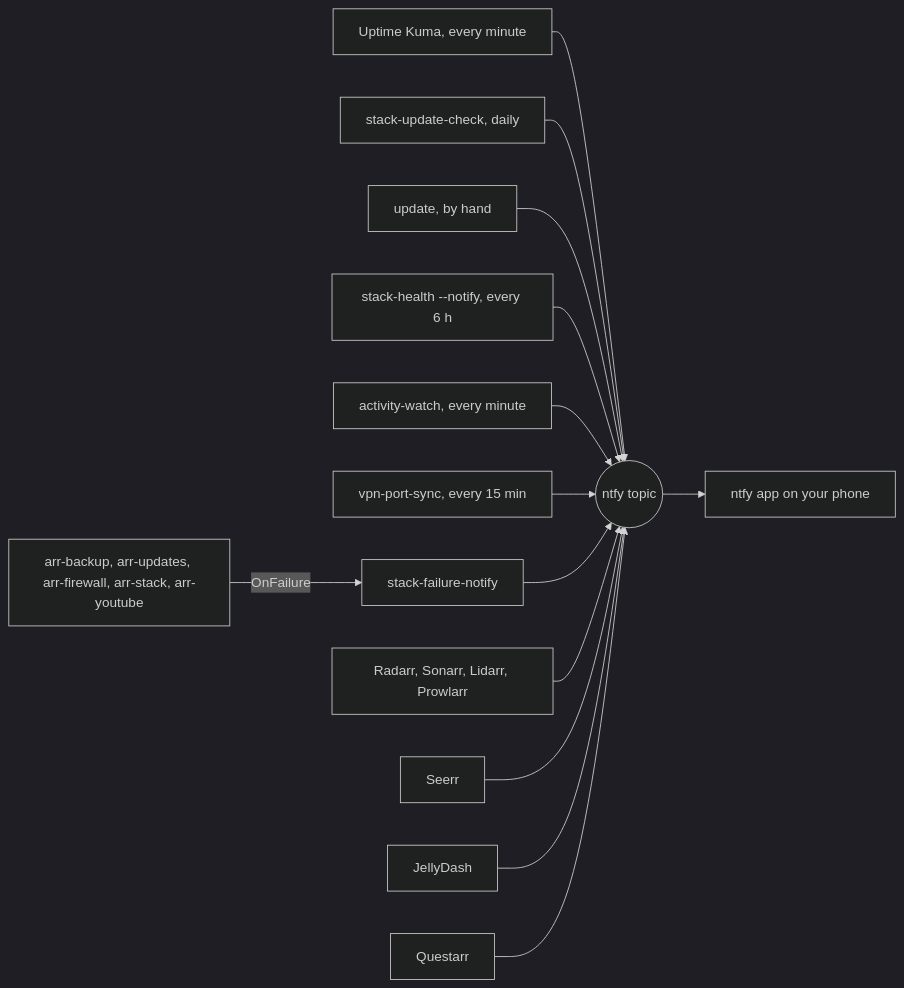
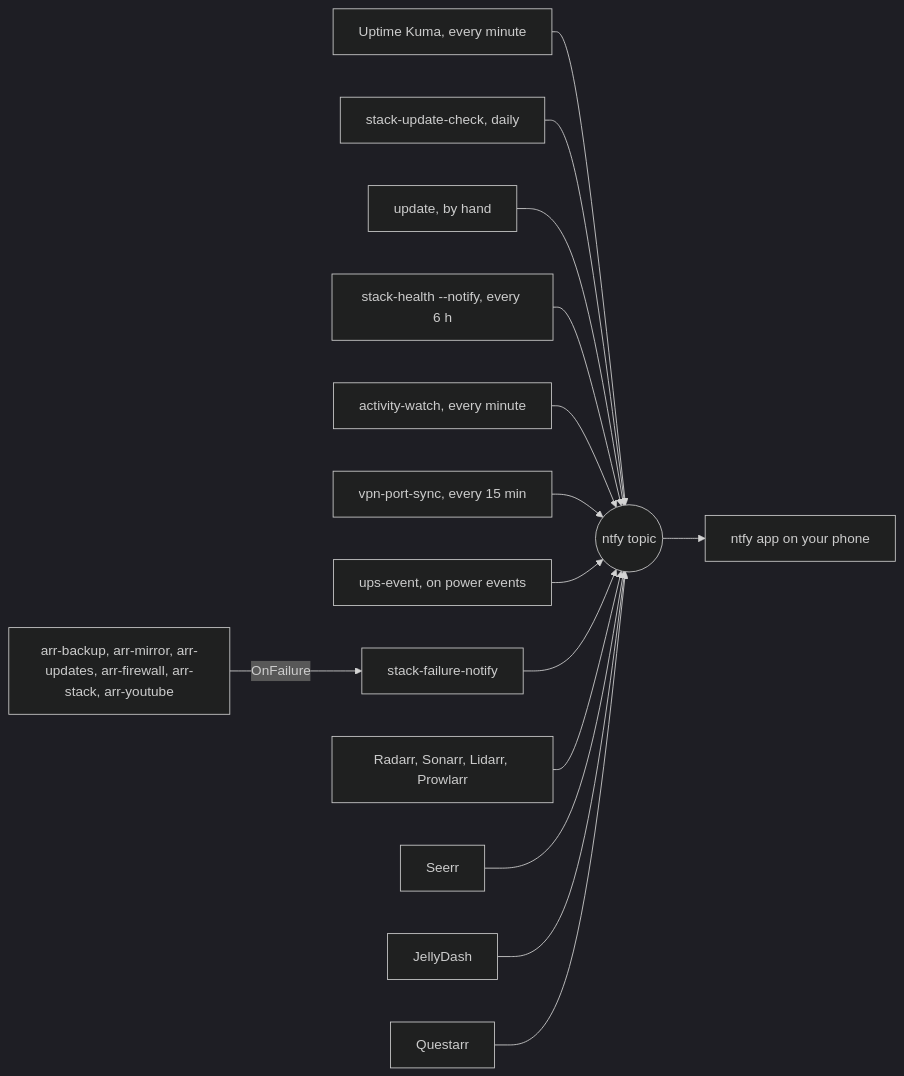
Before and after one commit to bugrauluyurt/homelab-media-stack: the second of 2 diagrams in docs/flows/monitoring.md, drawn with Mermaid (dark theme). The commit also changed other lines of this file and 36 other files, not shown here.

First line of the commit message:
feat(storage): mirror media to a backup drive and shut down on ups (#50)

````diff
--- a/docs/flows/monitoring.md
+++ b/docs/flows/monitoring.md
@@ -217,16 +223,17 @@
 ```mermaid
 flowchart LR
     KUMA["Uptime Kuma, every minute"] --> TOPIC(("ntfy topic"))
     CU["stack-update-check, daily"] --> TOPIC
     UPD["update, by hand"] --> TOPIC
     HC["stack-health --notify, every 6 h"] --> TOPIC
     WA["activity-watch, every minute"] --> TOPIC
     SP["vpn-port-sync, every 15 min"] --> TOPIC
-    UNITS["arr-backup, arr-updates, arr-firewall, arr-stack, arr-youtube"] -->|"OnFailure"| NF["stack-failure-notify"]
+    UE["ups-event, on power events"] --> TOPIC
+    UNITS["arr-backup, arr-mirror, arr-updates, arr-firewall, arr-stack, arr-youtube"] -->|"OnFailure"| NF["stack-failure-notify"]
     NF --> TOPIC
     ARR["Radarr, Sonarr, Lidarr, Prowlarr"] --> TOPIC
     SEERR["Seerr"] --> TOPIC
     JD["JellyDash"] --> TOPIC
     QA["Questarr"] --> TOPIC
     TOPIC --> PHONE["ntfy app on your phone"]
 ```
````
